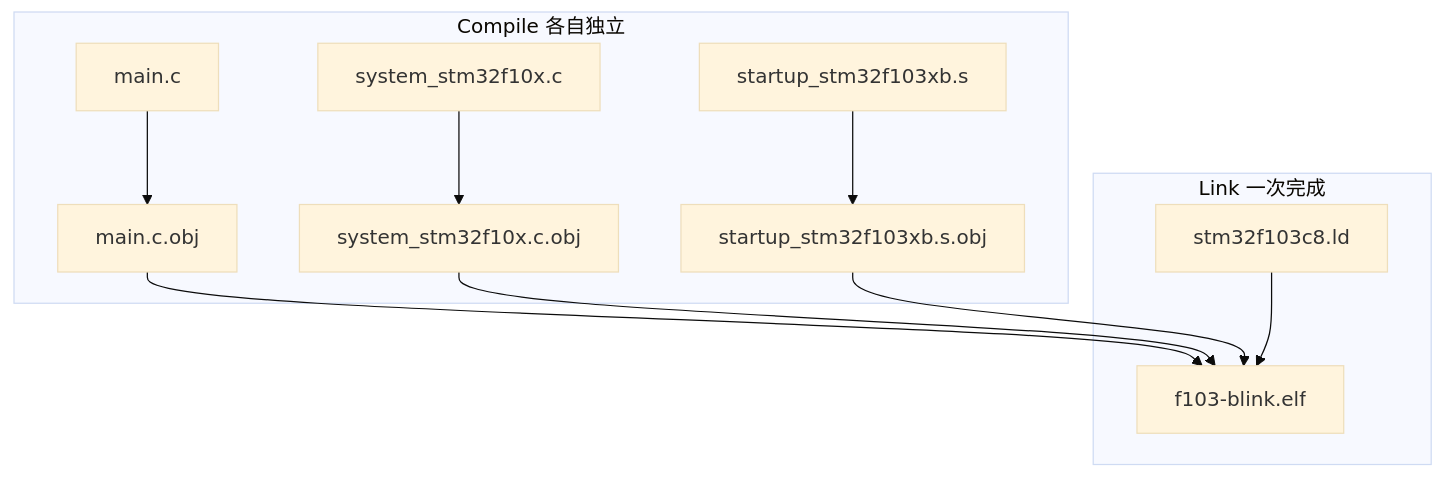
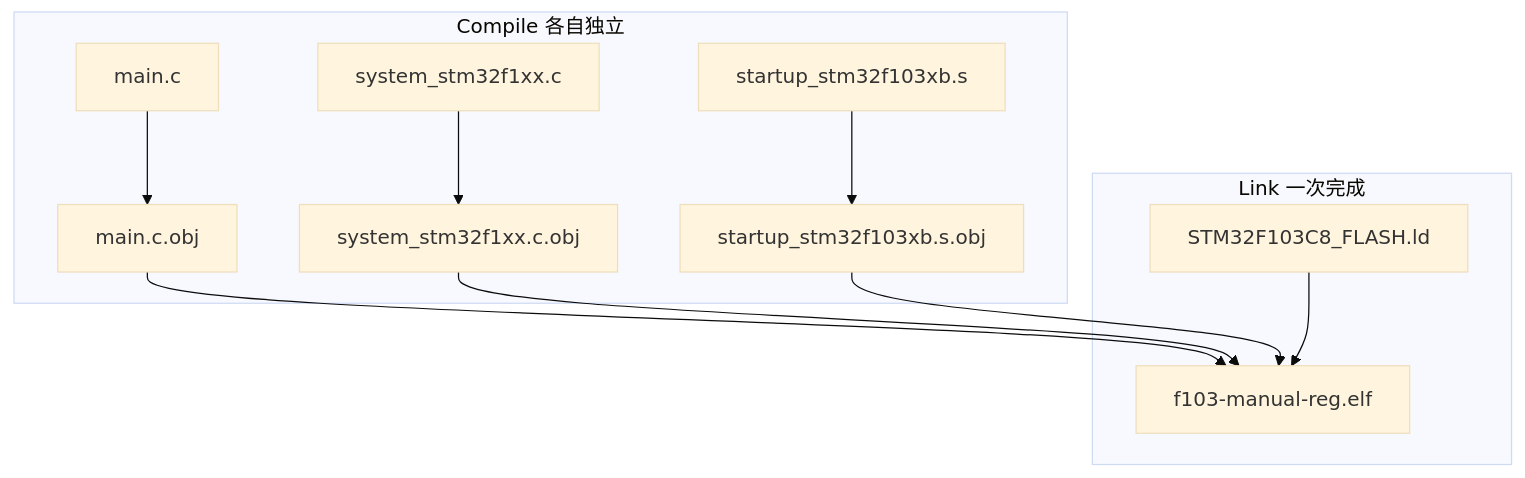
Before and after one commit to xiaolitongxue666/embed-dev-lab: the third of 3 diagrams in doc/learn/f103-module-build-flow.md, drawn with Mermaid (base theme). The commit also changed other lines of this file and 57 other files, not shown here.

First line of the commit message:
refactor(projects): migrate f103-blink to f103-manual-reg with CMSIS naming

````diff
--- a/doc/learn/f103-module-build-flow.md
+++ b/doc/learn/f103-module-build-flow.md
@@ -320,15 +320,15 @@
 ```mermaid
 flowchart TB
   subgraph compile [Compile 各自独立]
     mainC["main.c"] --> mainO["main.c.obj"]
-    sysC["system_stm32f10x.c"] --> sysO["system_stm32f10x.c.obj"]
+    sysC["system_stm32f1xx.c"] --> sysO["system_stm32f1xx.c.obj"]
     startupS["startup_stm32f103xb.s"] --> startupO["startup_stm32f103xb.s.obj"]
   end
   subgraph link [Link 一次完成]
-    ldScript["stm32f103c8.ld"]
-    mainO --> elf["f103-blink.elf"]
+    ldScript["STM32F103C8_FLASH.ld"]
+    mainO --> elf["f103-manual-reg.elf"]
     sysO --> elf
     startupO --> elf
     ldScript --> elf
   end
 ```
````
